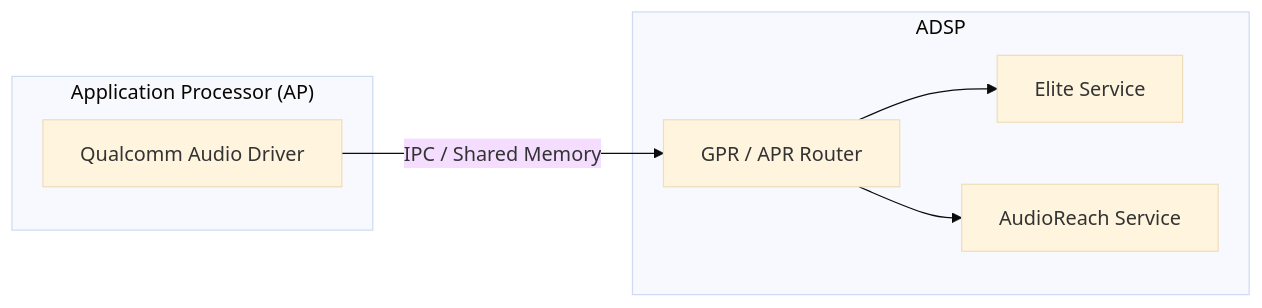
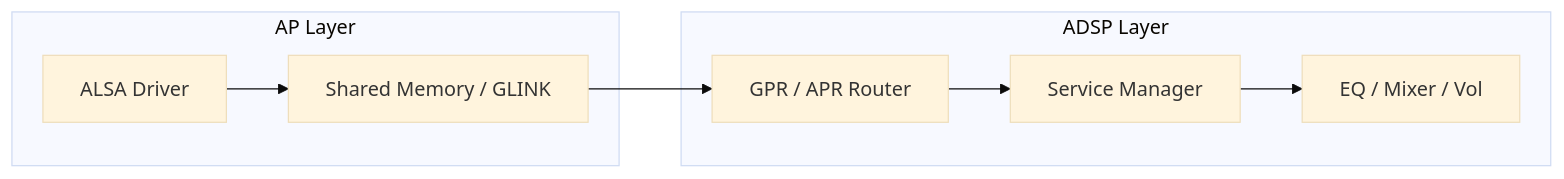
One commit to Sunliming001/awesome-audio-knowledge changed the diagram in 07-Qualcomm-Platform/02-ADSP-Topology.md. Above: the diagram before and after it, drawn with Mermaid (base theme). The commit also changed other lines of this file and 1 other file, not shown here.

Commit message:
docs: further deepen Qualcomm ADSP and Testing modules with professional metrics and debugging commands

````diff
--- a/07-Qualcomm-Platform/02-ADSP-Topology.md
+++ b/07-Qualcomm-Platform/02-ADSP-Topology.md
@@ -14,16 +19,12 @@
 ```mermaid
 graph LR
-    subgraph "Application Processor (AP)"
-        Driver[Qualcomm Audio Driver]
+    subgraph "AP Layer"
+        ALSA_Drv[ALSA Driver] --> IPC[Shared Memory / GLINK]
     end
     
-    subgraph "ADSP"
-        GPR_Router[GPR / APR Router]
-        Elite[Elite Service]
-        AR[AudioReach Service]
+    subgraph "ADSP Layer"
+        IPC --> Router[GPR / APR Router]
+        Router --> Service_Manager[Service Manager]
+        Service_Manager --> Modules[EQ / Mixer / Vol]
     end
-    
-    Driver -- IPC / Shared Memory --> GPR_Router
-    GPR_Router --> Elite
-    GPR_Router --> AR
 ```
````
